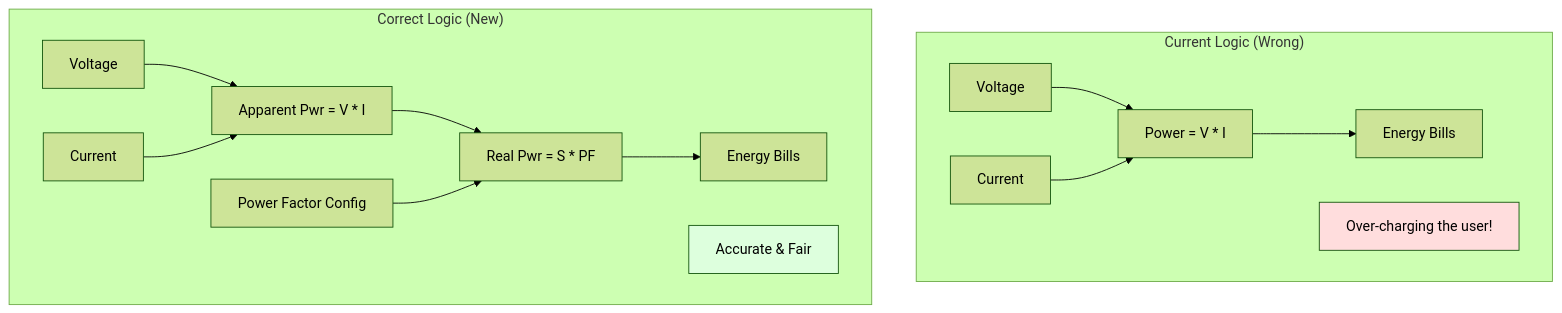
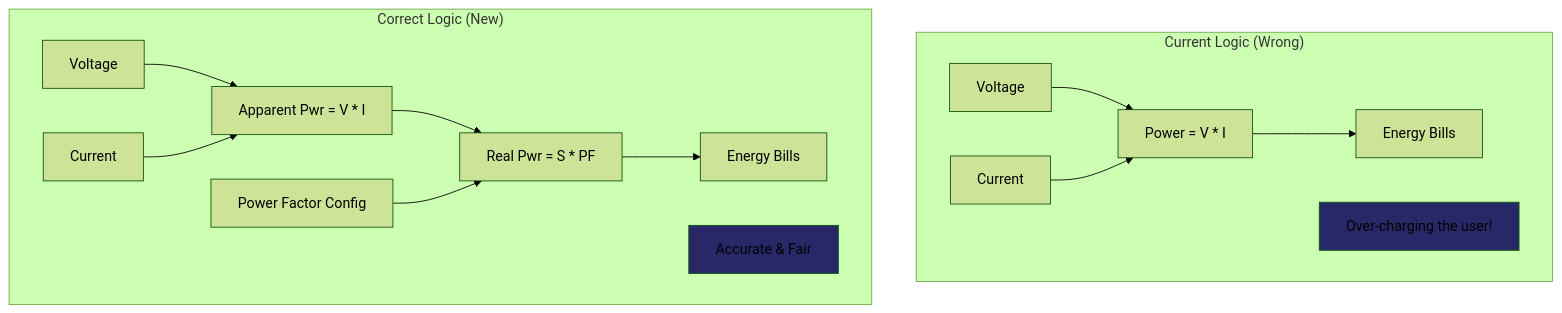
Before and after one commit to Gestell-Solution/Smart_Energy_Management_System: the diagram in Doc/Embedded/New/06_ImplementationDoc/Bugs/FixTasks/Task03_Add_Power_Factor.md, drawn with Mermaid (forest theme).

Commit message:
Change Note styles to dark color scheme
Updated the styles for Note1 and Note2 to a darker color.

````diff
--- a/Doc/Embedded/New/06_ImplementationDoc/Bugs/FixTasks/Task03_Add_Power_Factor.md
+++ b/Doc/Embedded/New/06_ImplementationDoc/Bugs/FixTasks/Task03_Add_Power_Factor.md
@@ -64,31 +64,31 @@
 ```mermaid
 graph TD
     subgraph "Current Logic (Wrong)"
         V1[Voltage]
         I1[Current]
         S1["Power = V * I"]
         E1[Energy Bills]
 
         V1 & I1 --> S1
         S1 --> E1
         Note1[Over-charging the user!]
     end
 
     subgraph "Correct Logic (New)"
         V2[Voltage]
         I2[Current]
         PF[Power Factor Config]
 
         S2[Apparent Pwr = V * I]
         P2[Real Pwr = S * PF]
         E2[Energy Bills]
 
         V2 & I2 --> S2
         S2 & PF --> P2
         P2 --> E2
         Note2[Accurate & Fair]
     end
 
-    style Note1 fill:#ffdddd
-    style Note2 fill:#ddffdd
+    style Note1 fill:#282869
+    style Note2 fill:#282869
 ```
````
